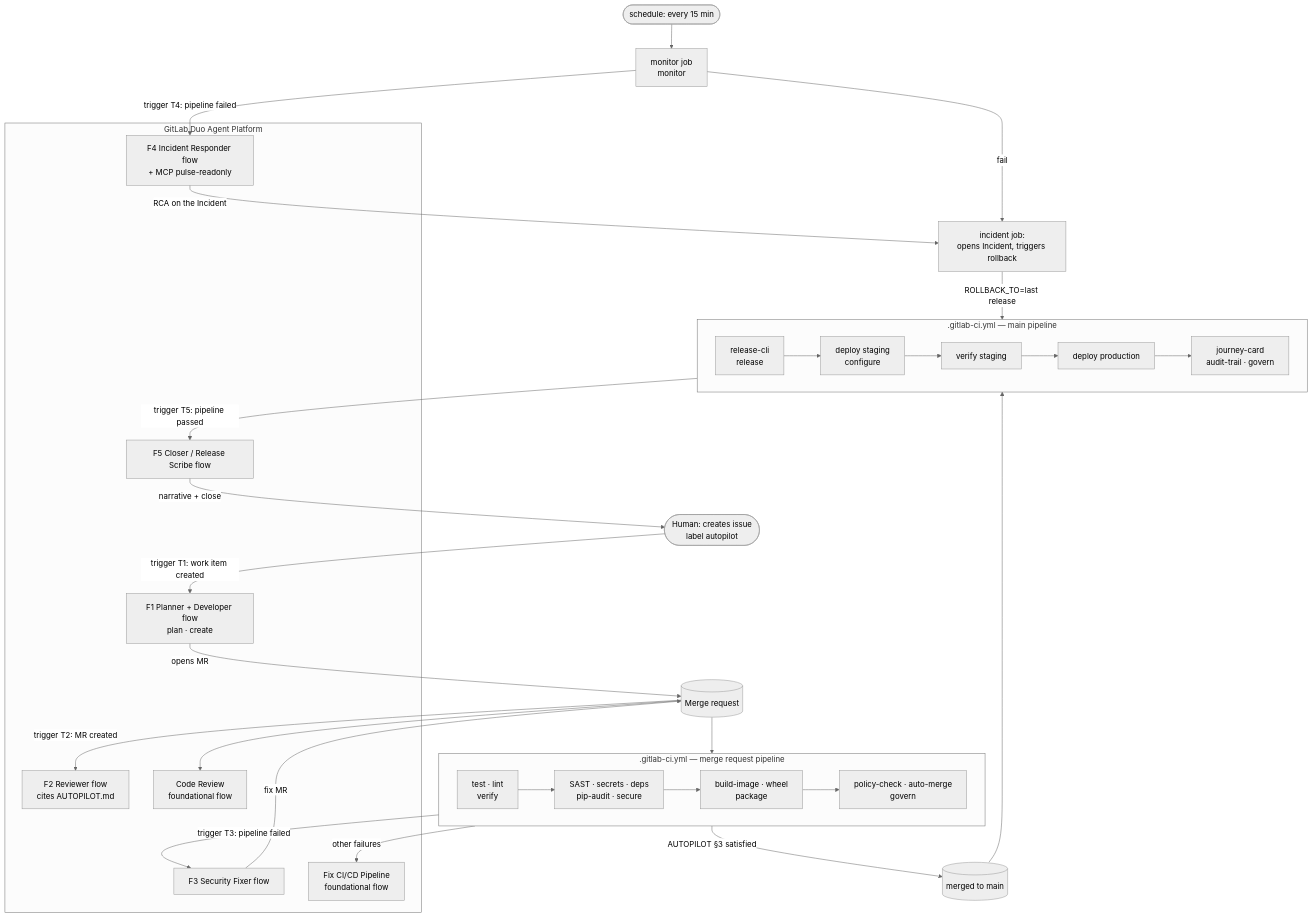
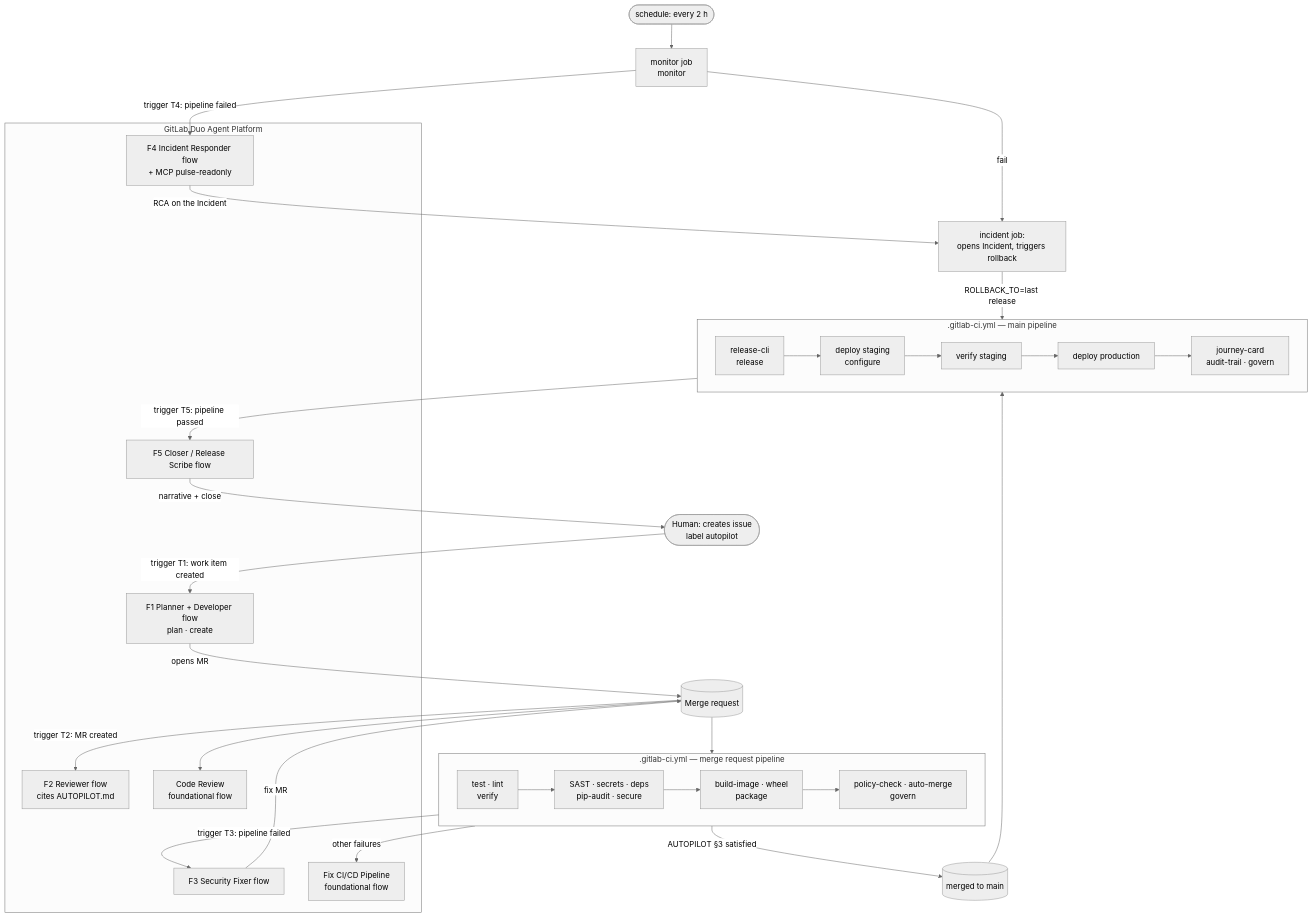
One commit to vigohan95/gitlab-autopilot changed the diagram in README.md. Above: the diagram before and after it, drawn with Mermaid (neutral theme). The commit also changed other lines of this file and 7 other files, not shown here.

First line of the commit message:
Parity A+B: lead time, human-touch count and an SCI line on every journey card; monitor every 2 h

````diff
--- a/README.md
+++ b/README.md
@@ -86,43 +86,43 @@
 ```mermaid
 flowchart TD
     H([Human: creates issue<br/>label autopilot]) -->|trigger T1: work item created| F1
 
     subgraph DUO[GitLab Duo Agent Platform]
         F1[F1 Planner + Developer flow<br/>plan · create]
         F2[F2 Reviewer flow<br/>cites AUTOPILOT.md]
         F3[F3 Security Fixer flow]
         F4[F4 Incident Responder flow<br/>+ MCP pulse-readonly]
         F5[F5 Closer / Release Scribe flow]
         CR[Code Review<br/>foundational flow]
         FP[Fix CI/CD Pipeline<br/>foundational flow]
     end
 
     F1 -->|opens MR| MR[(Merge request)]
     MR -->|trigger T2: MR created| F2
     MR --> CR
     MR --> P
 
     subgraph P[".gitlab-ci.yml — merge request pipeline"]
         direction LR
         T[test · lint<br/>verify] --> S[SAST · secrets · deps<br/>pip-audit · secure] --> B[build-image · wheel<br/>package] --> G[policy-check · auto-merge<br/>govern]
     end
 
     S -->|trigger T3: pipeline failed| F3
     F3 -->|fix MR| MR
     T -->|other failures| FP
     G -->|AUTOPILOT §3 satisfied| M[(merged to main)]
 
     subgraph MP[".gitlab-ci.yml — main pipeline"]
         direction LR
         R[release-cli<br/>release] --> DS[deploy staging<br/>configure] --> VS[verify staging] --> DP[deploy production] --> JC[journey-card<br/>audit-trail · govern]
     end
     M --> MP
     MP -->|trigger T5: pipeline passed| F5
     F5 -->|narrative + close| H
 
-    SCH([schedule: every 15 min]) --> MON[monitor job<br/>monitor]
+    SCH([schedule: every 2 h]) --> MON[monitor job<br/>monitor]
     MON -->|fail| INC[incident job:<br/>opens Incident, triggers rollback]
     INC -->|ROLLBACK_TO=last release| MP
     MON -->|trigger T4: pipeline failed| F4
     F4 -->|RCA on the Incident| INC
 ```
````
